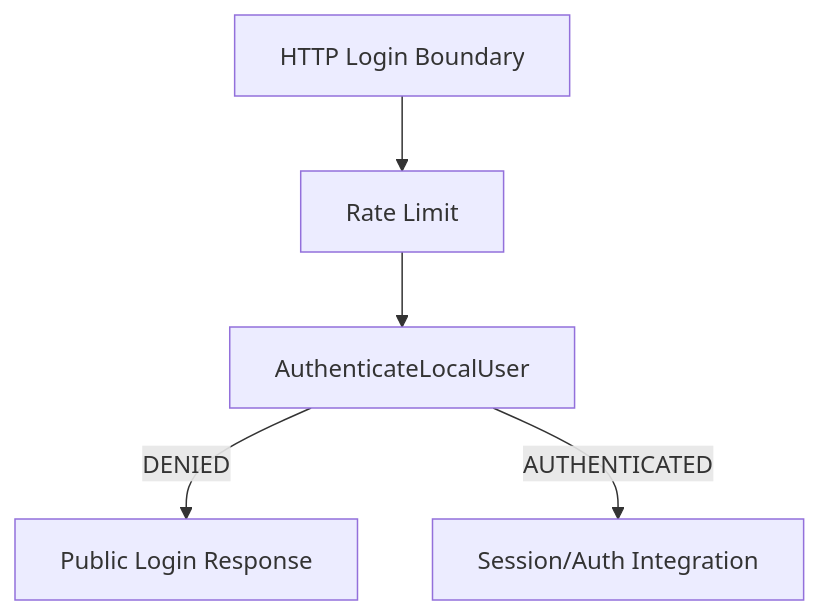
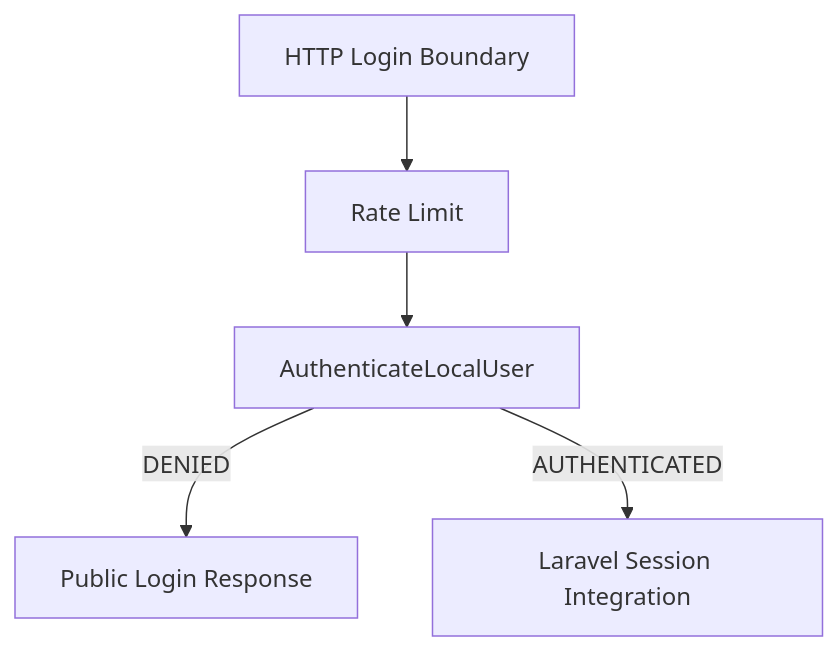
One commit to BiGSerial/sicode-ecosystem changed the second of 3 diagrams in docs/architecture/core-local-authentication.md. Above: the diagram before and after it, drawn with Mermaid. The commit also changed other lines of this file and 13 other files, not shown here.

````diff
--- a/docs/architecture/core-local-authentication.md
+++ b/docs/architecture/core-local-authentication.md
@@ -128,7 +136,7 @@
 ```mermaid
 flowchart TD
     A[HTTP Login Boundary] --> B[Rate Limit]
     B --> C[AuthenticateLocalUser]
     C -->|DENIED| D[Public Login Response]
-    C -->|AUTHENTICATED| E[Session/Auth Integration]
+    C -->|AUTHENTICATED| E[Laravel Session Integration]
 ```
````
